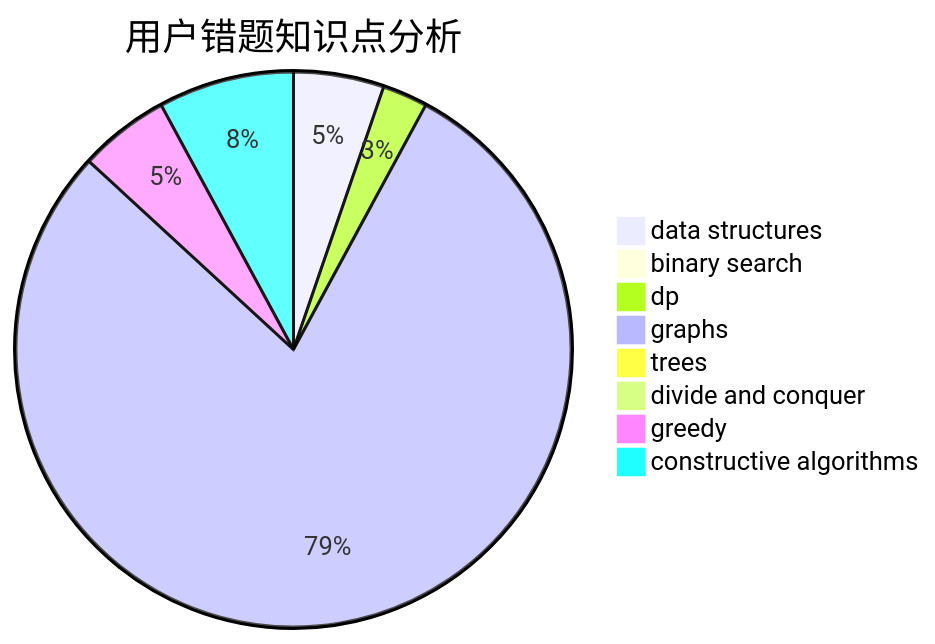
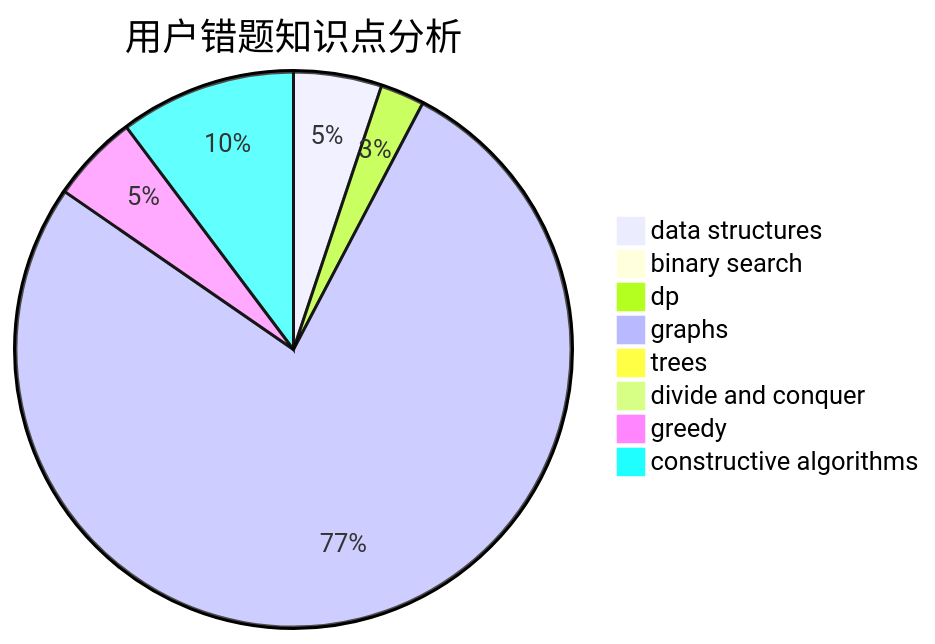
The third of 3 diagrams in docs/user/u1018.md (sherpahu/cfrs.github.io), drawn with Mermaid before and after one commit. The commit also changed other lines of this file and 2770 other files, not shown here.

````diff
--- a/docs/user/u1018.md
+++ b/docs/user/u1018.md
@@ -36,11 +36,11 @@
 ```mermaid
 pie title 用户错题知识点分析
     "data structures" :  2
     "binary search" :  0
     "dp" :  1
     "graphs" :  30
     "trees" :  0
     "divide and conquer" :  0
     "greedy" :  2
-    "constructive algorithms" :  3
+    "constructive algorithms" :  4
 ```
````
